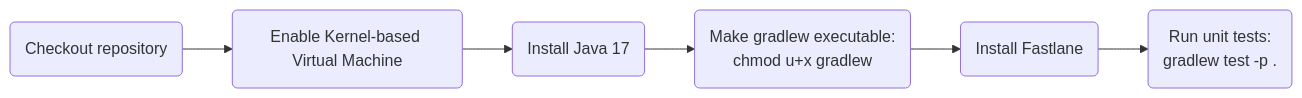
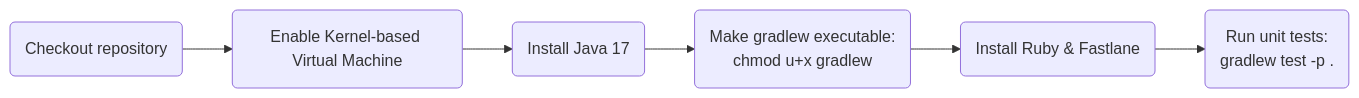
One commit to Abhiek187/ez-recipes-android changed the first of 4 diagrams in README.md. Above: the diagram before and after it, drawn with Mermaid. The commit also changed 1 other file, not shown here.

Commit message:
Install Ruby before running bundle install

````diff
--- a/README.md
+++ b/README.md
@@ -40,9 +40,9 @@
 ```mermaid
 flowchart LR
 
 A(Checkout repository) --> B(Enable Kernel-based Virtual Machine)
 B --> C(Install Java 17)
 C --> D(Make gradlew executable:\nchmod u+x gradlew)
-D --> E(Install Fastlane)
+D --> E(Install Ruby & Fastlane)
 E --> F(Run unit tests:\ngradlew test -p .)
 ```
````
